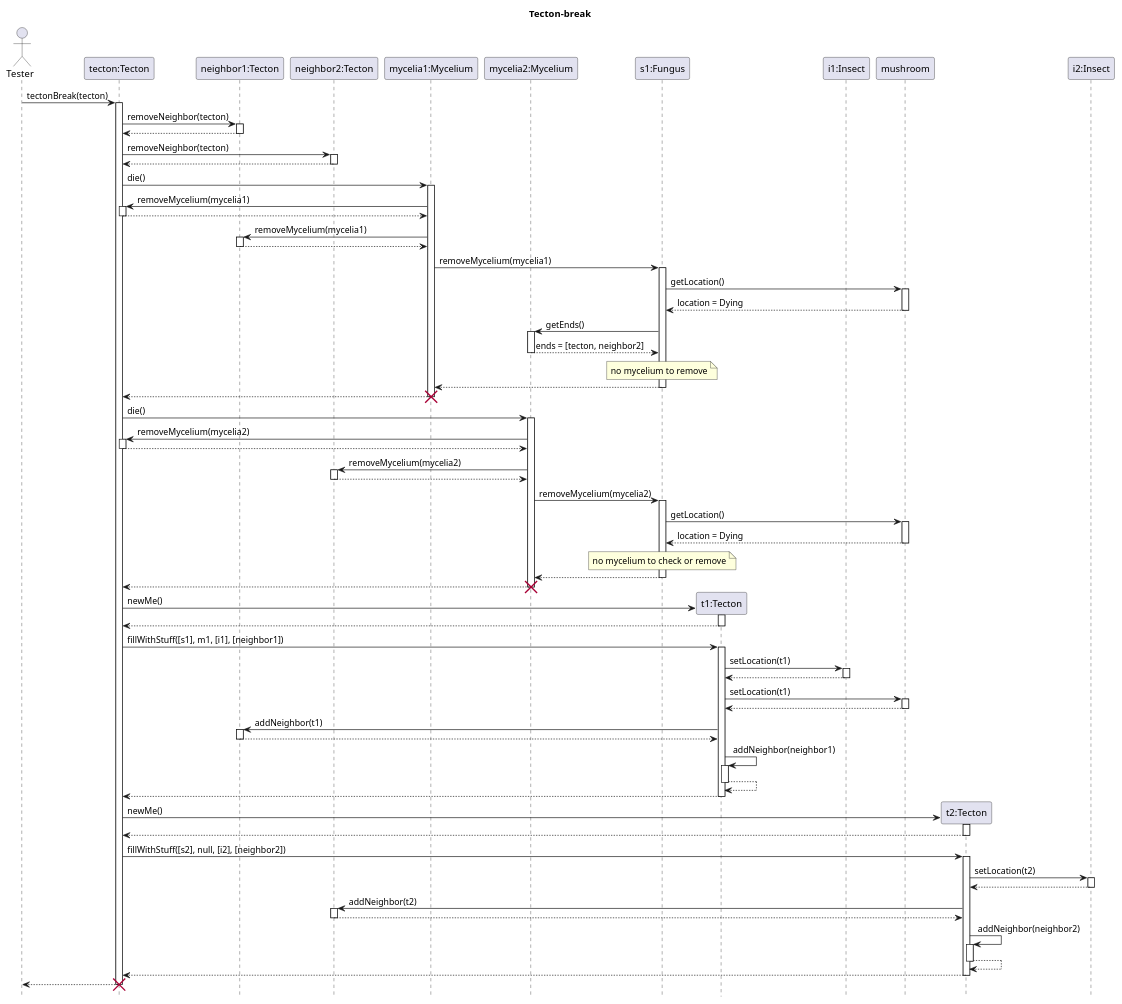
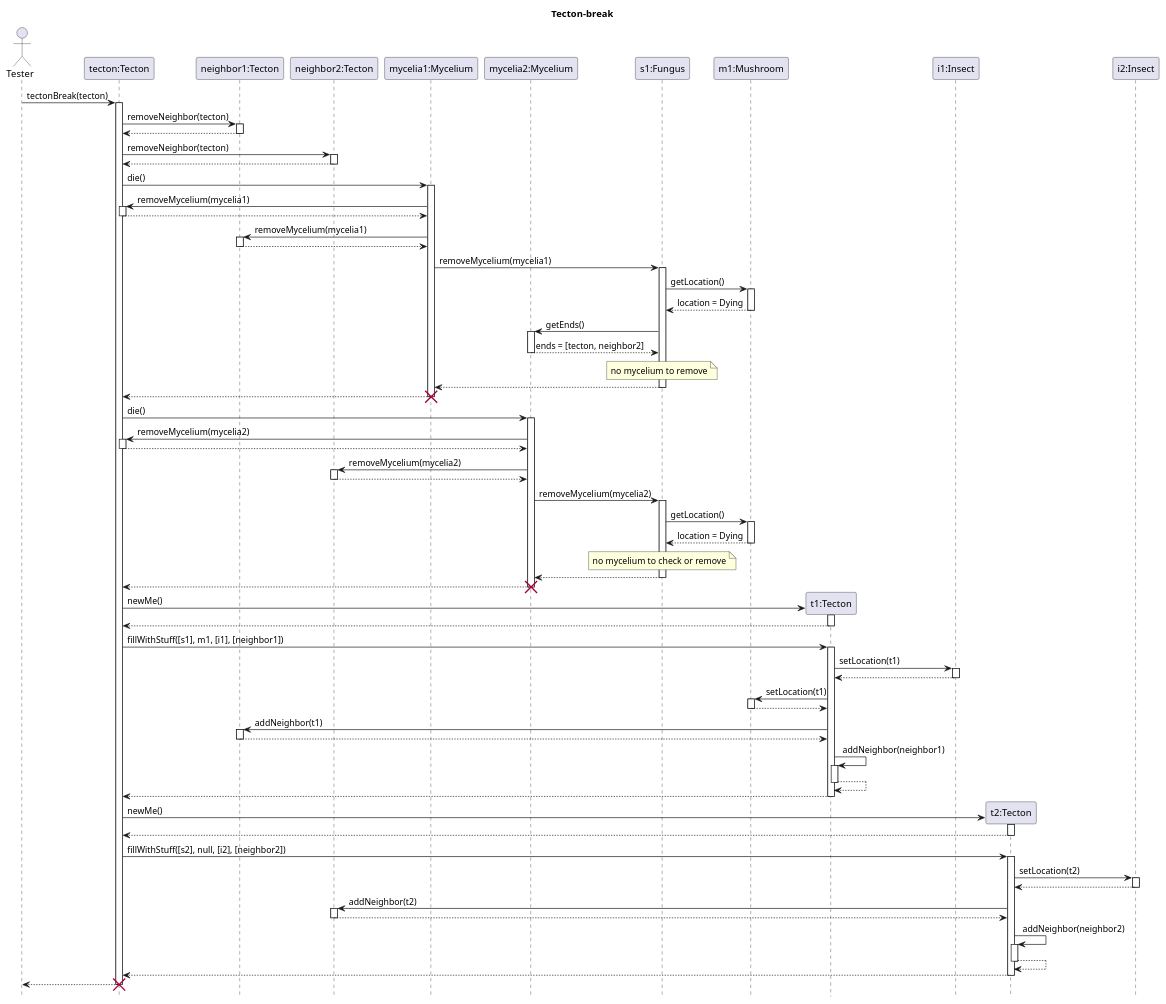
Before and after one commit to ZD4ve/projlab-error521: the diagram in Skeleton/Tecton-break/tecton-break.pu, drawn with PlantUML. The commit also changed 2 other files, not shown here.

```diff
--- a/Skeleton/Tecton-break/tecton-break.pu
+++ b/Skeleton/Tecton-break/tecton-break.pu
@@ -1,126 +1,126 @@
 @startuml Tecton/tecton-break-seq
 hide footbox
 
 title Tecton-break
 
 actor Tester
 participant "tecton:Tecton" as Dying
 participant "neighbor1:Tecton" as neighbor1
 participant "neighbor2:Tecton" as neighbor2
 participant "mycelia1:Mycelium" as mycelia1
 participant "mycelia2:Mycelium" as mycelia2
 
 participant "s1:Fungus" as s1
 
 Tester -> Dying : tectonBreak(tecton)
 activate Dying
 
+    participant "m1:Mushroom" as mushroom
     Dying -> neighbor1 : removeNeighbor(tecton)
     activate neighbor1
     return
 
     Dying -> neighbor2 : removeNeighbor(tecton)
     activate neighbor2
     return
 
             Dying -> mycelia1 : die()
 
                 activate mycelia1
                 mycelia1 -> Dying : removeMycelium(mycelia1)
                 activate Dying
                 return
                 mycelia1 -> neighbor1 : removeMycelium(mycelia1)
                 activate neighbor1
                 return
                 mycelia1 -> s1 : removeMycelium(mycelia1)
                 activate s1
                 s1 -> mushroom : getLocation()
                 activate mushroom
                 return location = Dying
                 s1 -> mycelia2 : getEnds()
                 activate mycelia2
                 return ends = [tecton, neighbor2]
 
                 note over s1 : no mycelium to remove
                 return
 
             return
             destroy mycelia1
 
             Dying -> mycelia2 : die()
             activate mycelia2
                 mycelia2 -> Dying : removeMycelium(mycelia2)
                 activate Dying
                 return
                 mycelia2 -> neighbor2 : removeMycelium(mycelia2)
                 activate neighbor2
                 return
                 mycelia2 -> s1 : removeMycelium(mycelia2)
                 activate s1
                 s1 -> mushroom : getLocation()
                 activate mushroom
                 return location = Dying
 
                 note over s1 : no mycelium to check or remove
                 return
             return
             destroy mycelia2
 
 
 
     create "t1:Tecton" as New1
     Dying -> New1 : newMe()
     activate New1
     return
     Dying -> New1 : fillWithStuff([s1], m1, [i1], [neighbor1])
     activate New1
 
             participant "i1:Insect" as insect1
-            participant "m1:Mushroom" as mushroom
 
             New1 -> insect1 : setLocation(t1)
             activate insect1
             return
 
             New1 -> mushroom : setLocation(t1)
             activate mushroom
             return
 
             New1 -> neighbor1 : addNeighbor(t1)
             activate neighbor1
             return
 
             New1 -> New1 : addNeighbor(neighbor1)
             activate New1
             return
 
     return
 
     create "t2:Tecton" as New2
     Dying -> New2 : newMe()
     activate New2
     return
 
     Dying -> New2 : fillWithStuff([s2], null, [i2], [neighbor2])
     activate New2
 
             participant "i2:Insect" as insect2
 
             New2 -> insect2 : setLocation(t2)
             activate insect2
             return
 
             New2 -> neighbor2 : addNeighbor(t2)
             activate neighbor2
             return
 
             New2 -> New2 : addNeighbor(neighbor2)
             activate New2
             return
 
     return
 
 return
 destroy Dying
 
 @enduml
```
